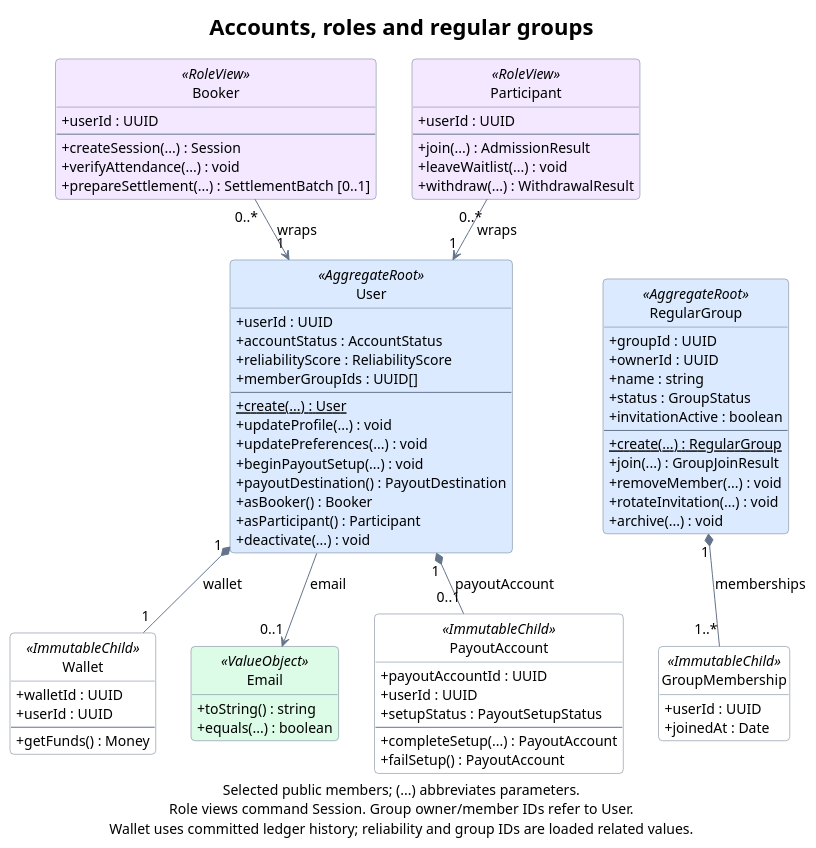
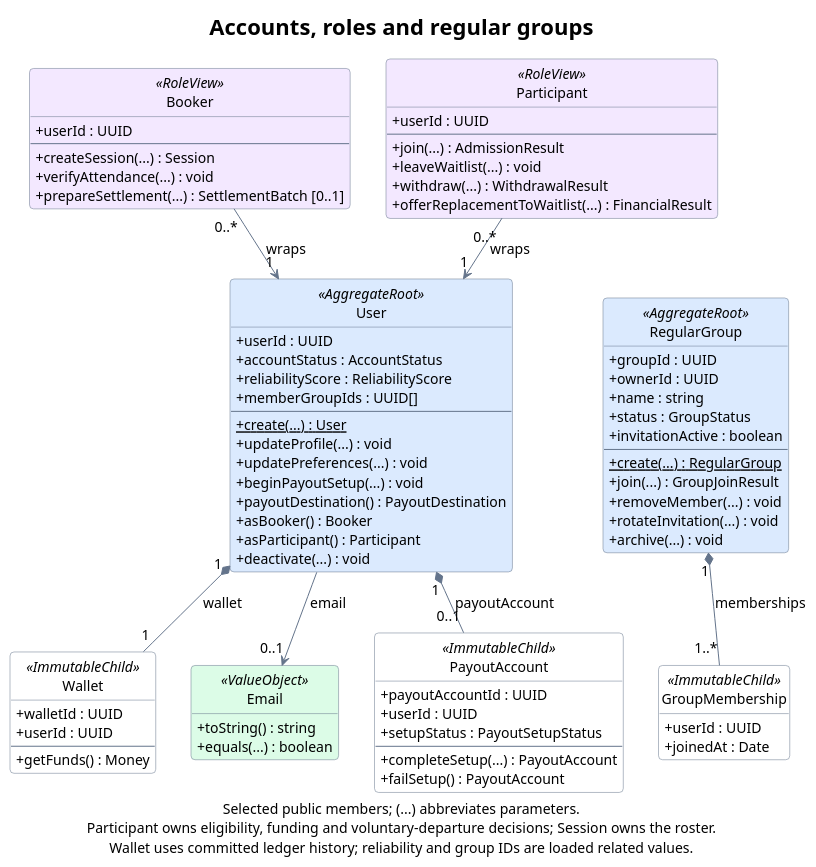
The diagram in docs/diagrams/domain-accounts.puml (rbrishi15/booking-web-manager), drawn with PlantUML before and after one commit. The commit also changed 28 other files, not shown here.

```diff
--- a/docs/diagrams/domain-accounts.puml
+++ b/docs/diagrams/domain-accounts.puml
@@ -1,108 +1,109 @@
 @startuml domain-accounts
 title Accounts, roles and regular groups
 
 top to bottom direction
 hide empty members
 hide circle
 skinparam backgroundColor #FFFFFF
 skinparam shadowing false
 skinparam roundcorner 8
 skinparam defaultFontName SansSerif
 skinparam defaultFontSize 14
 skinparam titleFontSize 22
 skinparam ArrowColor #64748B
 skinparam classBorderColor #64748B
 skinparam classBackgroundColor #FFFFFF
 skinparam classBackgroundColor<<AggregateRoot>> #DBEAFE
 skinparam classBackgroundColor<<ValueObject>> #DCFCE7
 skinparam classBackgroundColor<<RoleView>> #F3E8FF
 skinparam classAttributeIconSize 0
 skinparam linetype polyline
 skinparam nodesep 35
 skinparam ranksep 40
 
 class Booker <<RoleView>> {
   +userId : UUID
   --
   +createSession(...) : Session
   +verifyAttendance(...) : void
   +prepareSettlement(...) : SettlementBatch [0..1]
 }
 
 class Participant <<RoleView>> {
   +userId : UUID
   --
   +join(...) : AdmissionResult
   +leaveWaitlist(...) : void
   +withdraw(...) : WithdrawalResult
+  +offerReplacementToWaitlist(...) : FinancialResult
 }
 
 class User <<AggregateRoot>> {
   +userId : UUID
   +accountStatus : AccountStatus
   +reliabilityScore : ReliabilityScore
   +memberGroupIds : UUID[]
   --
   {static} +create(...) : User
   +updateProfile(...) : void
   +updatePreferences(...) : void
   +beginPayoutSetup(...) : void
   +payoutDestination() : PayoutDestination
   +asBooker() : Booker
   +asParticipant() : Participant
   +deactivate(...) : void
 }
 
 class Wallet <<ImmutableChild>> {
   +walletId : UUID
   +userId : UUID
   --
   +getFunds() : Money
 }
 
 class Email <<ValueObject>> {
   +toString() : string
   +equals(...) : boolean
 }
 
 class PayoutAccount <<ImmutableChild>> {
   +payoutAccountId : UUID
   +userId : UUID
   +setupStatus : PayoutSetupStatus
   --
   +completeSetup(...) : PayoutAccount
   +failSetup() : PayoutAccount
 }
 
 class RegularGroup <<AggregateRoot>> {
   +groupId : UUID
   +ownerId : UUID
   +name : string
   +status : GroupStatus
   +invitationActive : boolean
   --
   {static} +create(...) : RegularGroup
   +join(...) : GroupJoinResult
   +removeMember(...) : void
   +rotateInvitation(...) : void
   +archive(...) : void
 }
 
 class GroupMembership <<ImmutableChild>> {
   +userId : UUID
   +joinedAt : Date
 }
 
 Booker "0..*" -down-> "1" User : wraps
 Participant "0..*" -down-> "1" User : wraps
 User "1" *-down- "1" Wallet : wallet
 User "1" *-down- "0..1" PayoutAccount : payoutAccount
 User -down-> "0..1" Email : email
 RegularGroup "1" *-down- "1..*" GroupMembership : memberships
 
 User -[hidden]right- RegularGroup
 Wallet -[hidden]right- Email
 Email -[hidden]right- PayoutAccount
 
-caption Selected public members; (...) abbreviates parameters.\nRole views command Session. Group owner/member IDs refer to User.\nWallet uses committed ledger history; reliability and group IDs are loaded related values.
+caption Selected public members; (...) abbreviates parameters.\nParticipant owns eligibility, funding and voluntary-departure decisions; Session owns the roster.\nWallet uses committed ledger history; reliability and group IDs are loaded related values.
 @enduml
```
